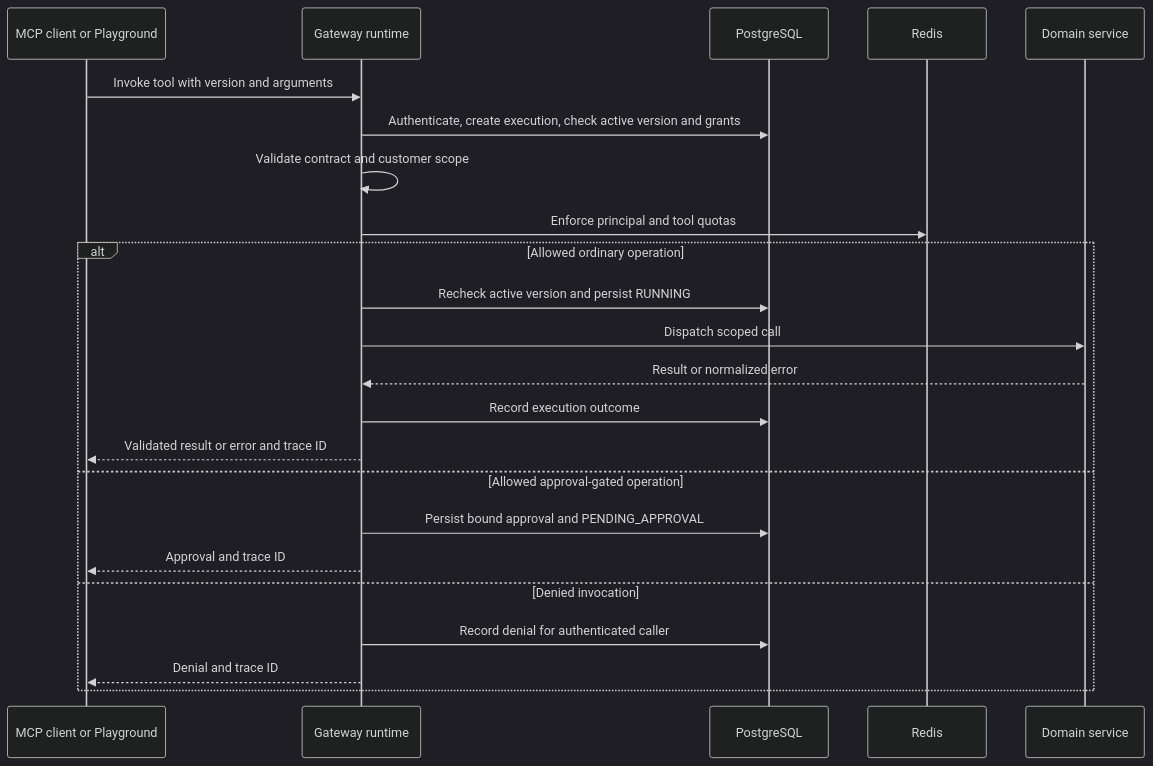
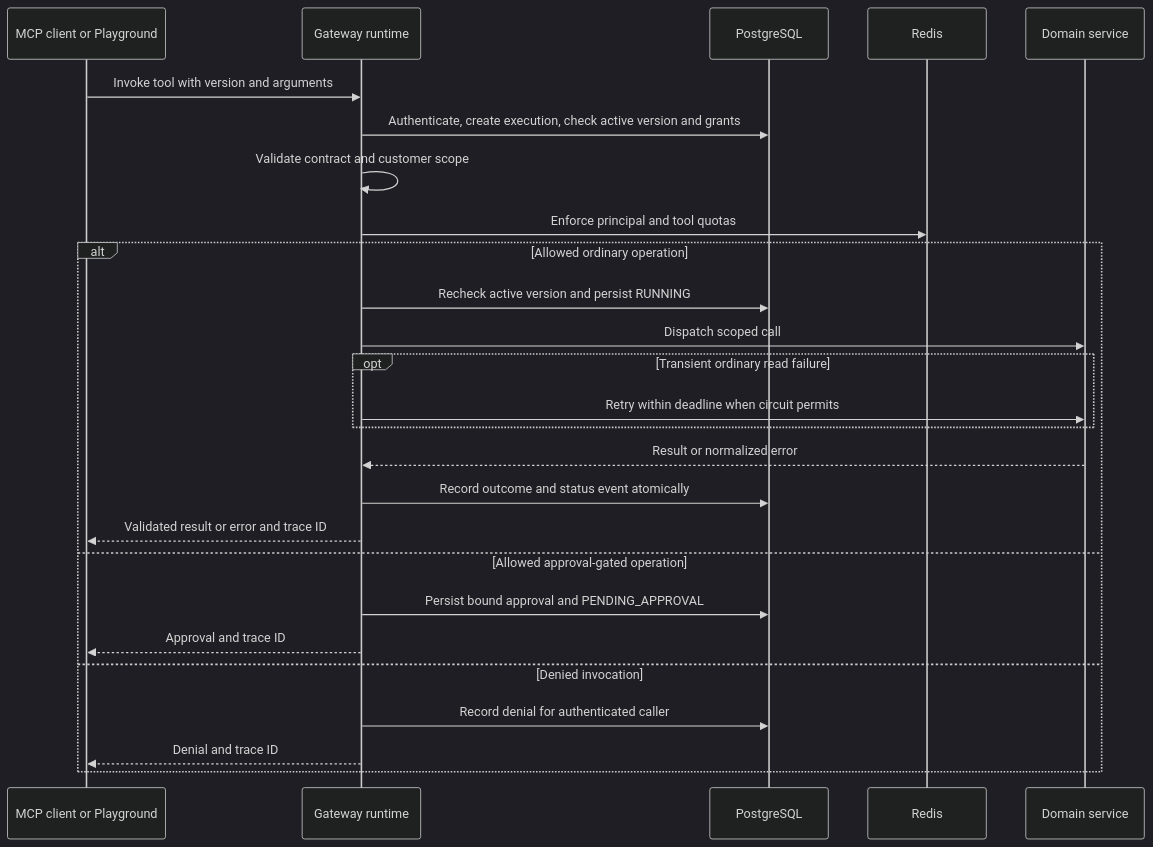
Before and after one commit to NagaRamya1531-tech/ToolMesh-AI: the fourth of 11 diagrams in docs/architecture.md, drawn with Mermaid (dark theme). The commit also changed other lines of this file and 34 other files, not shown here.

````diff
--- a/docs/architecture.md
+++ b/docs/architecture.md
@@ -74,25 +74,28 @@
 ```mermaid
 sequenceDiagram
     participant A as MCP client or Playground
     participant G as Gateway runtime
     participant P as PostgreSQL
     participant R as Redis
     participant D as Domain service
     A->>G: Invoke tool with version and arguments
     G->>P: Authenticate, create execution, check active version and grants
     G->>G: Validate contract and customer scope
     G->>R: Enforce principal and tool quotas
     alt Allowed ordinary operation
         G->>P: Recheck active version and persist RUNNING
         G->>D: Dispatch scoped call
+        opt Transient ordinary read failure
+            G->>D: Retry within deadline when circuit permits
+        end
         D-->>G: Result or normalized error
-        G->>P: Record execution outcome
+        G->>P: Record outcome and status event atomically
         G-->>A: Validated result or error and trace ID
     else Allowed approval-gated operation
         G->>P: Persist bound approval and PENDING_APPROVAL
         G-->>A: Approval and trace ID
     else Denied invocation
         G->>P: Record denial for authenticated caller
         G-->>A: Denial and trace ID
     end
 ```
````
